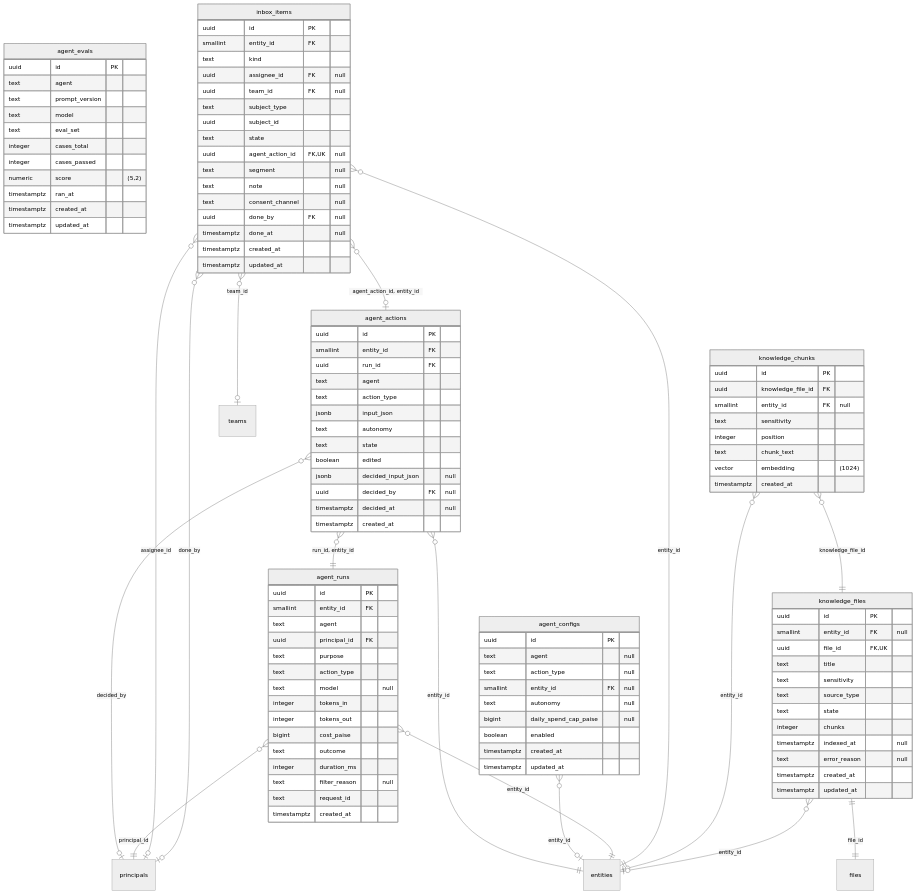
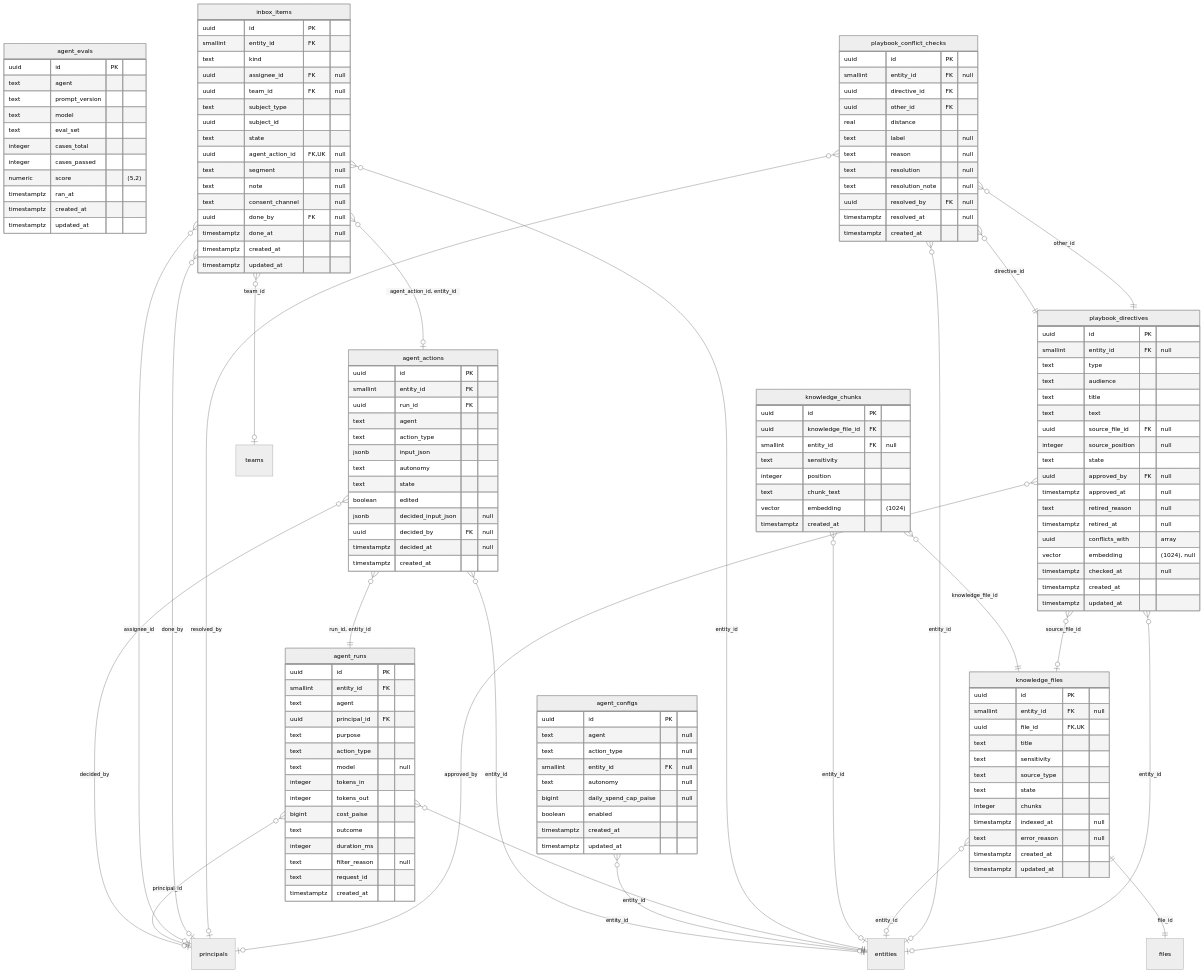
Before and after one commit to techaust/shakti_prime: the sixth of 16 diagrams in docs/data/erd.md, drawn with Mermaid (neutral theme). The commit also changed other lines of this file and 11 other files, not shown here.

First line of the commit message:
feat(knowledge): playbook directives, conflict pairs, draft permission and commands

````diff
--- a/docs/data/erd.md
+++ b/docs/data/erd.md
@@ -989,6 +989,40 @@
     timestamptz created_at
     timestamptz updated_at
   }
+  playbook_conflict_checks {
+    uuid id PK
+    smallint entity_id FK "null"
+    uuid directive_id FK
+    uuid other_id FK
+    real distance
+    text label "null"
+    text reason "null"
+    text resolution "null"
+    text resolution_note "null"
+    uuid resolved_by FK "null"
+    timestamptz resolved_at "null"
+    timestamptz created_at
+  }
+  playbook_directives {
+    uuid id PK
+    smallint entity_id FK "null"
+    text type
+    text audience
+    text title
+    text text
+    uuid source_file_id FK "null"
+    integer source_position "null"
+    text state
+    uuid approved_by FK "null"
+    timestamptz approved_at "null"
+    text retired_reason "null"
+    timestamptz retired_at "null"
+    uuid conflicts_with "array"
+    vector embedding "(1024), null"
+    timestamptz checked_at "null"
+    timestamptz created_at
+    timestamptz updated_at
+  }
   agent_actions }o--o| principals : "decided_by"
   agent_actions }o--|| entities : "entity_id"
   agent_actions }o--|| agent_runs : "run_id, entity_id"
@@ -1004,4 +1038,11 @@
   knowledge_chunks }o--|| knowledge_files : "knowledge_file_id"
   knowledge_files }o--o| entities : "entity_id"
   knowledge_files ||--|| files : "file_id"
+  playbook_conflict_checks }o--|| playbook_directives : "directive_id"
+  playbook_conflict_checks }o--o| entities : "entity_id"
+  playbook_conflict_checks }o--|| playbook_directives : "other_id"
+  playbook_conflict_checks }o--o| principals : "resolved_by"
+  playbook_directives }o--o| principals : "approved_by"
+  playbook_directives }o--o| entities : "entity_id"
+  playbook_directives }o--o| knowledge_files : "source_file_id"
 ```
````
